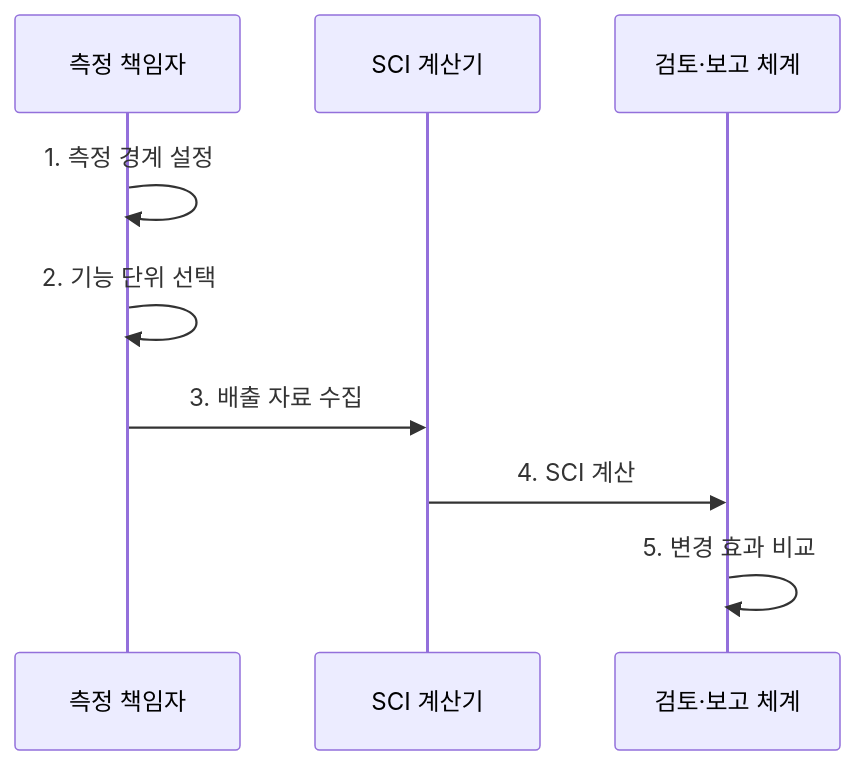
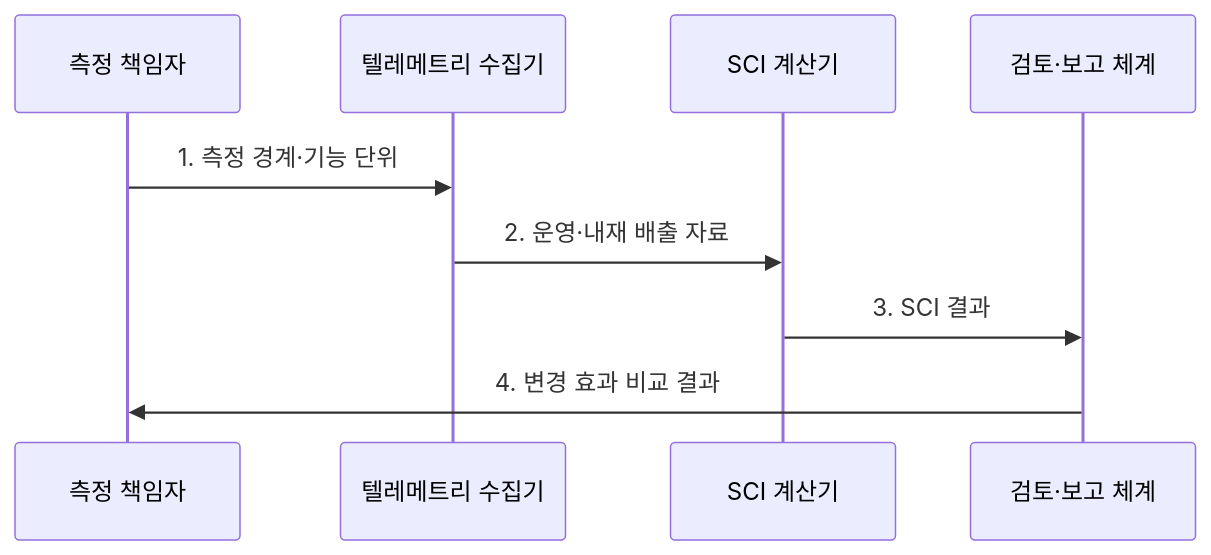
Before and after one commit to agnusdei1207/knowledge-base: the second of 2 diagrams in src/content/docs/notes/03-software/195_green_software_sci.md, drawn with Mermaid. The commit also changed other lines of this file and 20 other files, not shown here.

````diff
--- a/src/content/docs/notes/03-software/195_green_software_sci.md
+++ b/src/content/docs/notes/03-software/195_green_software_sci.md
@@ -88,11 +85,11 @@
 ```mermaid
 sequenceDiagram
     participant O as 측정 책임자
+    participant T as 텔레메트리 수집기
     participant C as SCI 계산기
     participant R as 검토·보고 체계
-    O->>O: 1. 측정 경계 설정
-    O->>O: 2. 기능 단위 선택
-    O->>C: 3. 배출 자료 수집
-    C->>R: 4. SCI 계산
-    R->>R: 5. 변경 효과 비교
+    O->>T: 1. 측정 경계·기능 단위
+    T->>C: 2. 운영·내재 배출 자료
+    C->>R: 3. SCI 결과
+    R->>O: 4. 변경 효과 비교 결과
 ```
````
